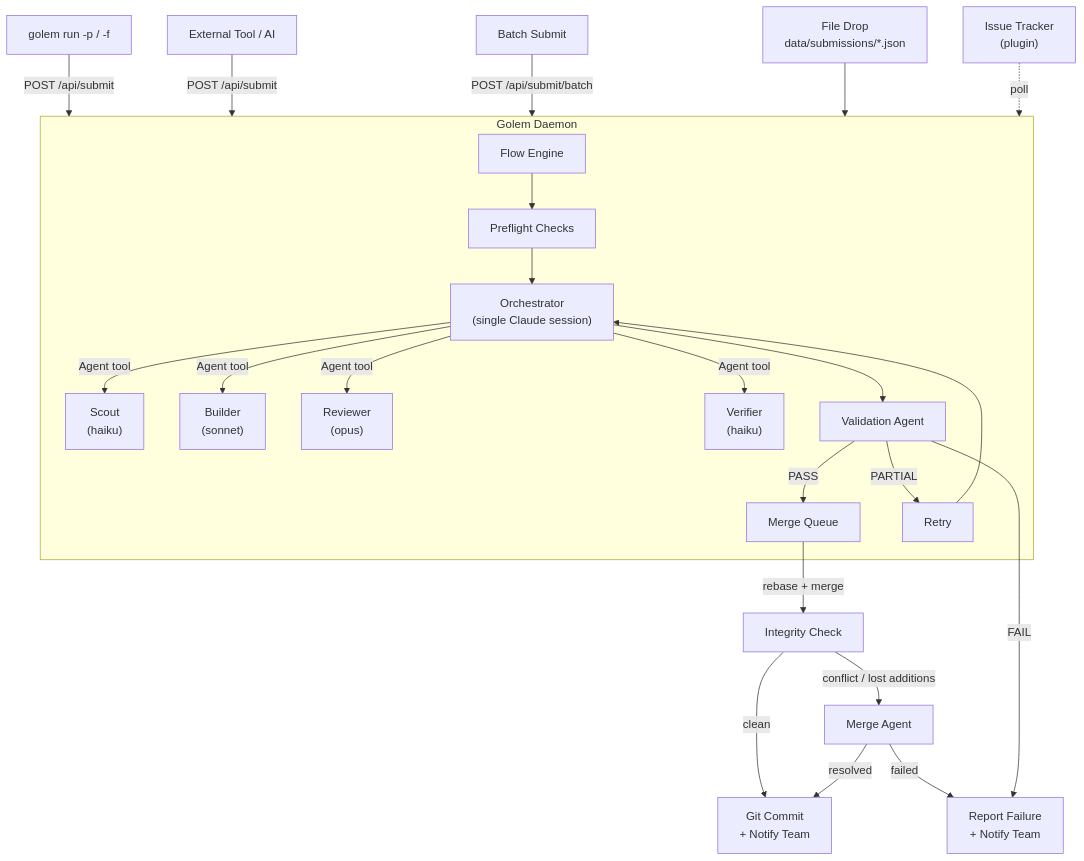
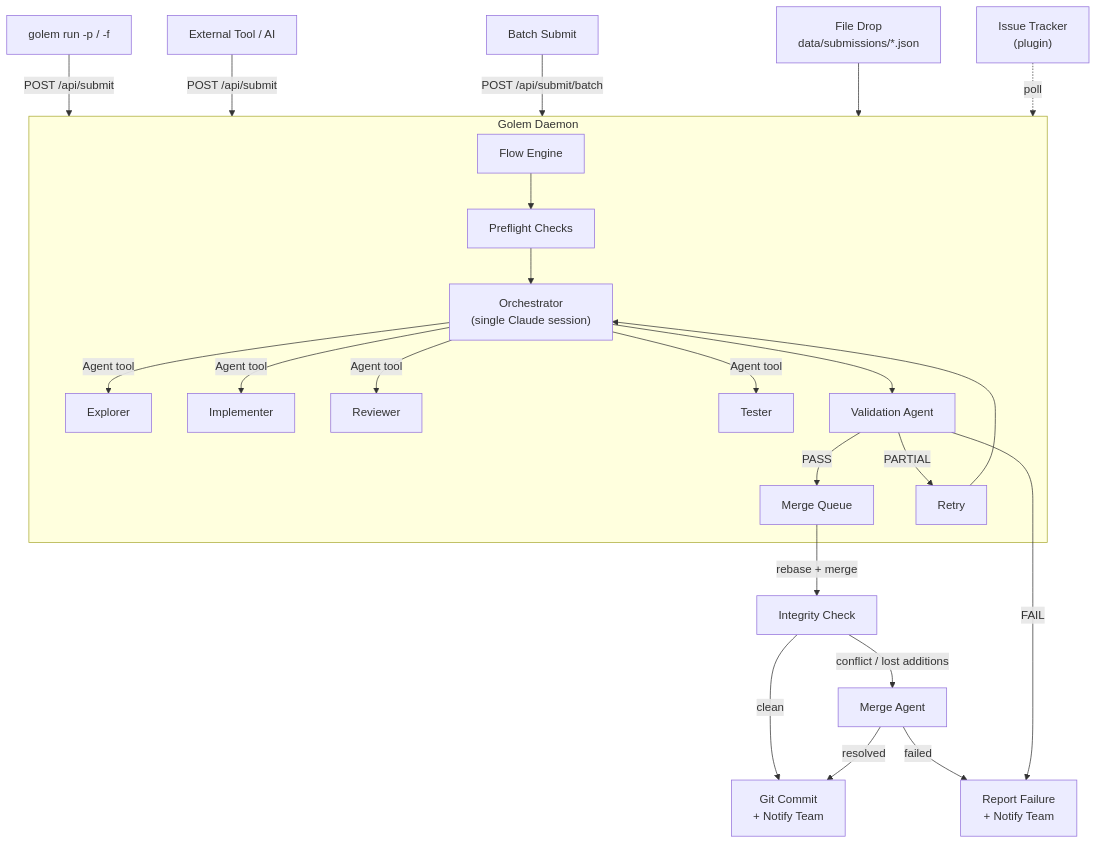
Before and after one commit to itsmeboris/Golem: the first of 4 diagrams in README.md, drawn with Mermaid. The commit also changed other lines of this file, not shown here.

````diff
--- a/README.md
+++ b/README.md
@@ -102,31 +102,31 @@
 ```mermaid
 flowchart TB
     cli["golem run -p / -f"] -- "POST /api/submit" --> daemon
     api["External Tool / AI"] -- "POST /api/submit" --> daemon
     batch["Batch Submit"] -- "POST /api/submit/batch" --> daemon
     drop["File Drop<br/>data/submissions/*.json"] --> daemon
     tracker["Issue Tracker<br/>(plugin)"] -. "poll" .-> daemon
 
     subgraph daemon ["Golem Daemon"]
         flow["Flow Engine"] --> preflight["Preflight Checks"]
         preflight --> orch["Orchestrator<br/>(single Claude session)"]
 
-        orch -- "Agent tool" --> scout["Scout<br/>(haiku)"]
-        orch -- "Agent tool" --> builder["Builder<br/>(sonnet)"]
-        orch -- "Agent tool" --> reviewer["Reviewer<br/>(opus)"]
-        orch -- "Agent tool" --> verifier["Verifier<br/>(haiku)"]
+        orch -- "Agent tool" --> explorer["Explorer"]
+        orch -- "Agent tool" --> impl["Implementer"]
+        orch -- "Agent tool" --> reviewer["Reviewer"]
+        orch -- "Agent tool" --> tester["Tester"]
 
         orch --> val["Validation Agent"]
 
         val -- PASS --> mq["Merge Queue"]
         val -- PARTIAL --> retry["Retry"]
         retry --> orch
     end
 
     mq -- "rebase + merge" --> verify["Integrity Check"]
     verify -- "clean" --> commit["Git Commit<br/>+ Notify Team"]
     verify -- "conflict / lost additions" --> magent["Merge Agent"]
     magent -- "resolved" --> commit
     magent -- "failed" --> report
     val -- FAIL --> report["Report Failure<br/>+ Notify Team"]
 ```
````
